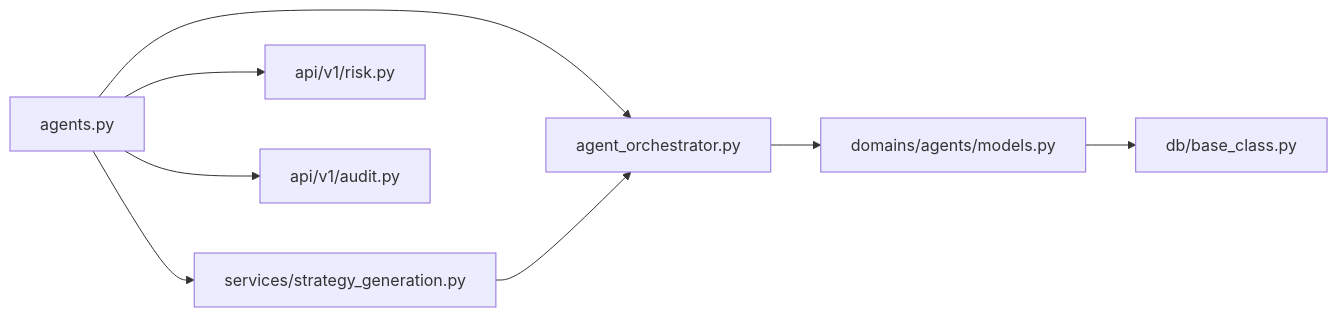
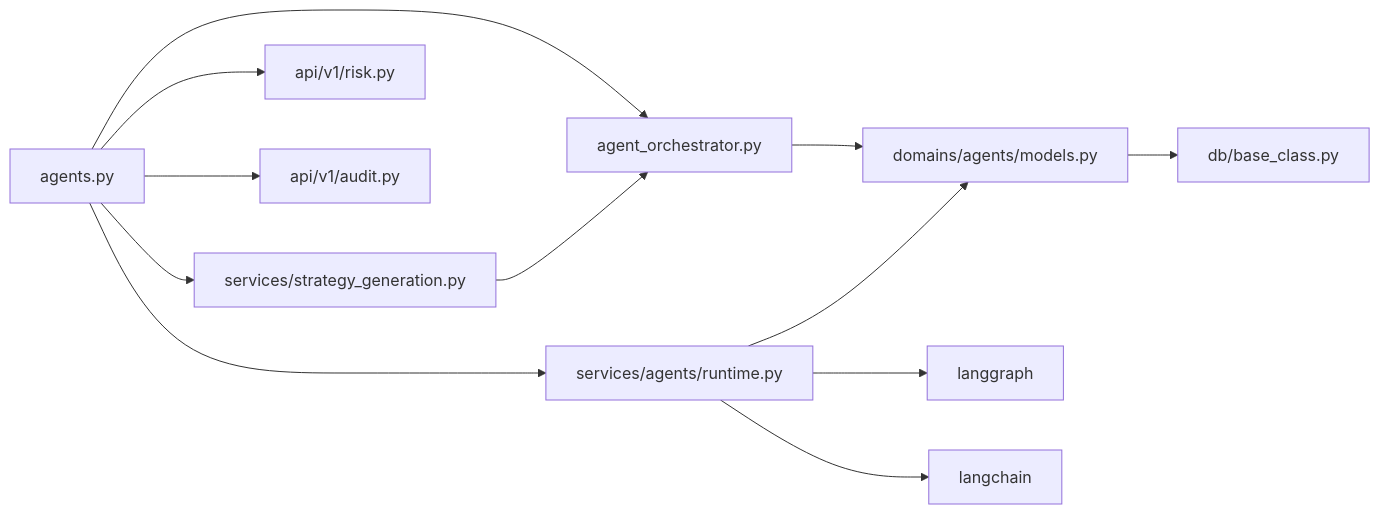
Before and after one commit to javelin-dot/llmine-quant: the tenth of 10 diagrams in .qoder/repowiki/zh/content/后端开发指南/服务层开发/策略生成服务/AI Agent协调机制.md, drawn with Mermaid. The commit also changed other lines of this file and 19 other files, not shown here.

````diff
--- a/.qoder/repowiki/zh/content/后端开发指南/服务层开发/策略生成服务/AI Agent协调机制.md
+++ b/.qoder/repowiki/zh/content/后端开发指南/服务层开发/策略生成服务/AI Agent协调机制.md
@@ -322,10 +540,14 @@
 ```mermaid
 graph LR
 API["agents.py"] --> SVC["agent_orchestrator.py"]
+API --> RUNTIME["services/agents/runtime.py"]
 SVC --> MODELS["domains/agents/models.py"]
+RUNTIME --> MODELS
 MODELS --> BASE["db/base_class.py"]
 API --> PIPE["services/strategy_generation.py"]
 PIPE --> SVC
 API --> RISK["api/v1/risk.py"]
 API --> AUDIT["api/v1/audit.py"]
+RUNTIME --> LANGGRAPH["langgraph"]
+RUNTIME --> LANGCHAIN["langchain"]
 ```
````
